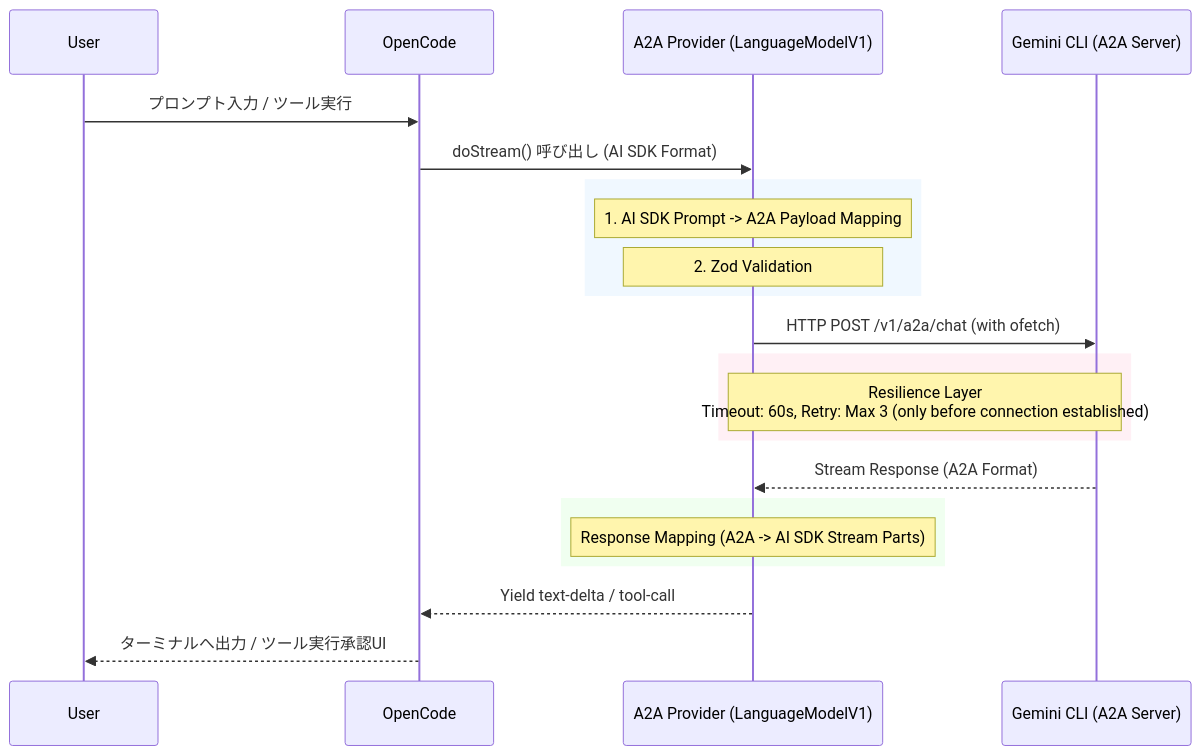
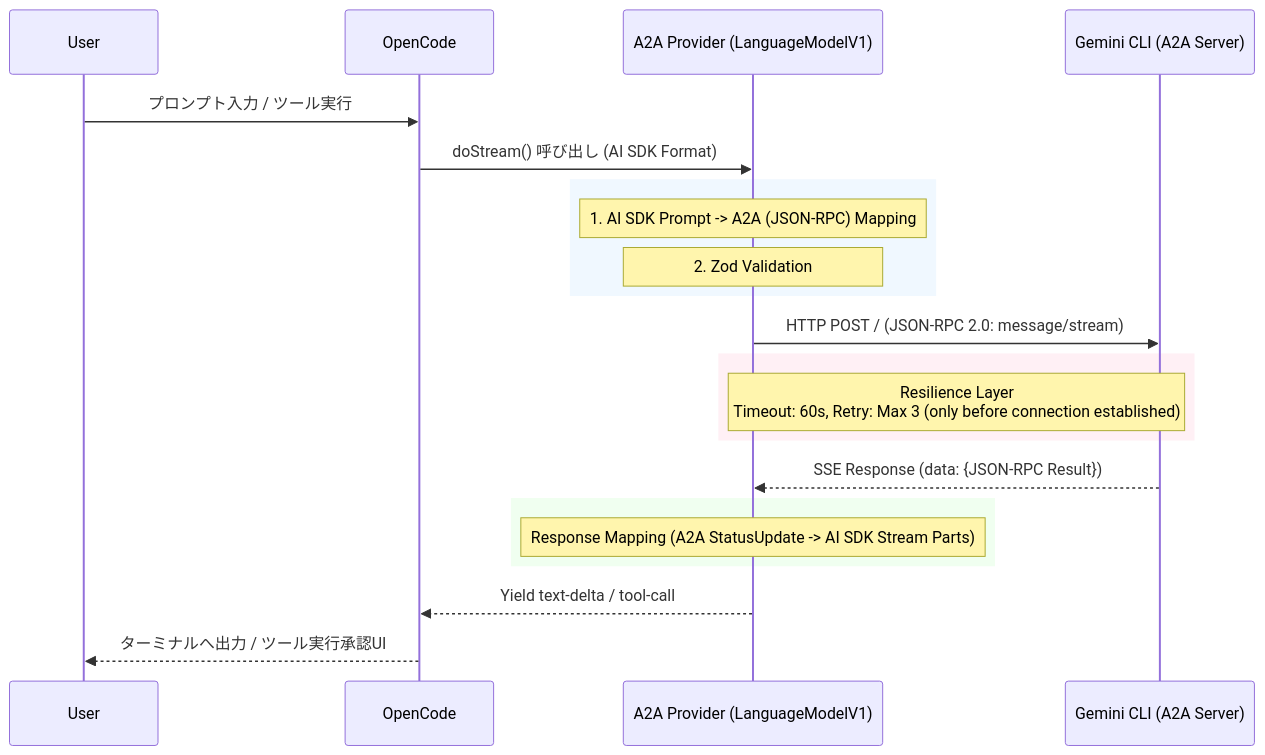
Before and after one commit to yohi/opencode-geminicli-a2a: the diagram in SPEC.md, drawn with Mermaid. The commit also changed other lines of this file and 8 other files, not shown here.

Commit message:
feat: JSON-RPC 2.0準拠のA2A通信プロトコルへの刷新

````diff
--- a/SPEC.md
+++ b/SPEC.md
@@ -48,30 +48,30 @@
 ```mermaid
 sequenceDiagram
     participant User
     participant OpenCode
     participant Plugin as A2A Provider (LanguageModelV1)
     participant GeminiCLI as Gemini CLI (A2A Server)
 
     User->>OpenCode: プロンプト入力 / ツール実行
     OpenCode->>Plugin: doStream() 呼び出し (AI SDK Format)
     
     rect rgb(240, 248, 255)
-        Note over Plugin: 1. AI SDK Prompt -> A2A Payload Mapping
+        Note over Plugin: 1. AI SDK Prompt -> A2A (JSON-RPC) Mapping
         Note over Plugin: 2. Zod Validation
     end
     
-    Plugin->>GeminiCLI: HTTP POST /v1/a2a/chat (with ofetch)
+    Plugin->>GeminiCLI: HTTP POST / (JSON-RPC 2.0: message/stream)
     
     rect rgb(255, 240, 245)
         Note over Plugin, GeminiCLI: Resilience Layer<br/>Timeout: 60s, Retry: Max 3 (only before connection established)
     end
     
-    GeminiCLI-->>Plugin: Stream Response (A2A Format)
+    GeminiCLI-->>Plugin: SSE Response (data: {JSON-RPC Result})
     
     rect rgb(240, 255, 240)
-        Note over Plugin: Response Mapping (A2A -> AI SDK Stream Parts)
+        Note over Plugin: Response Mapping (A2A StatusUpdate -> AI SDK Stream Parts)
     end
     
     Plugin-->>OpenCode: Yield text-delta / tool-call
     OpenCode-->>User: ターミナルへ出力 / ツール実行承認UI
 ```
````
